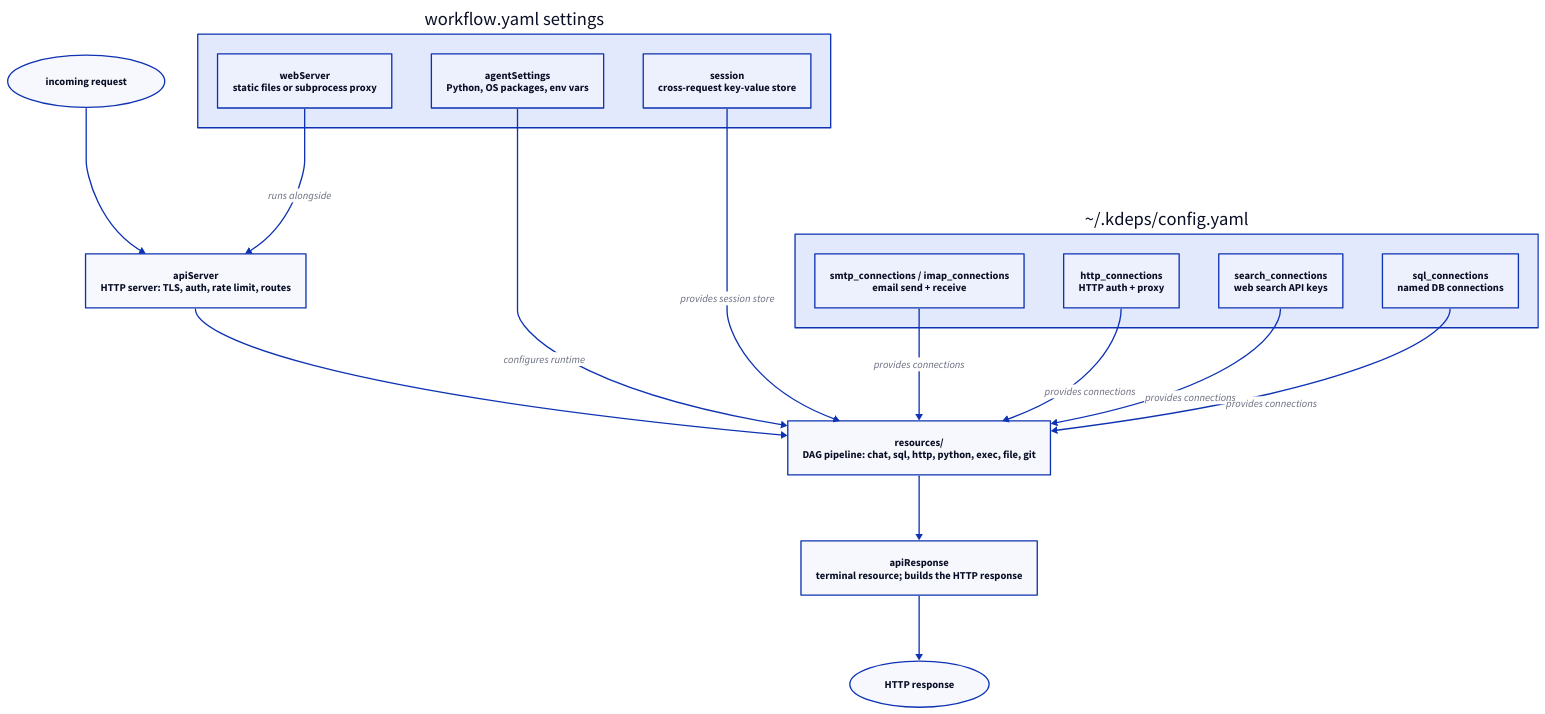
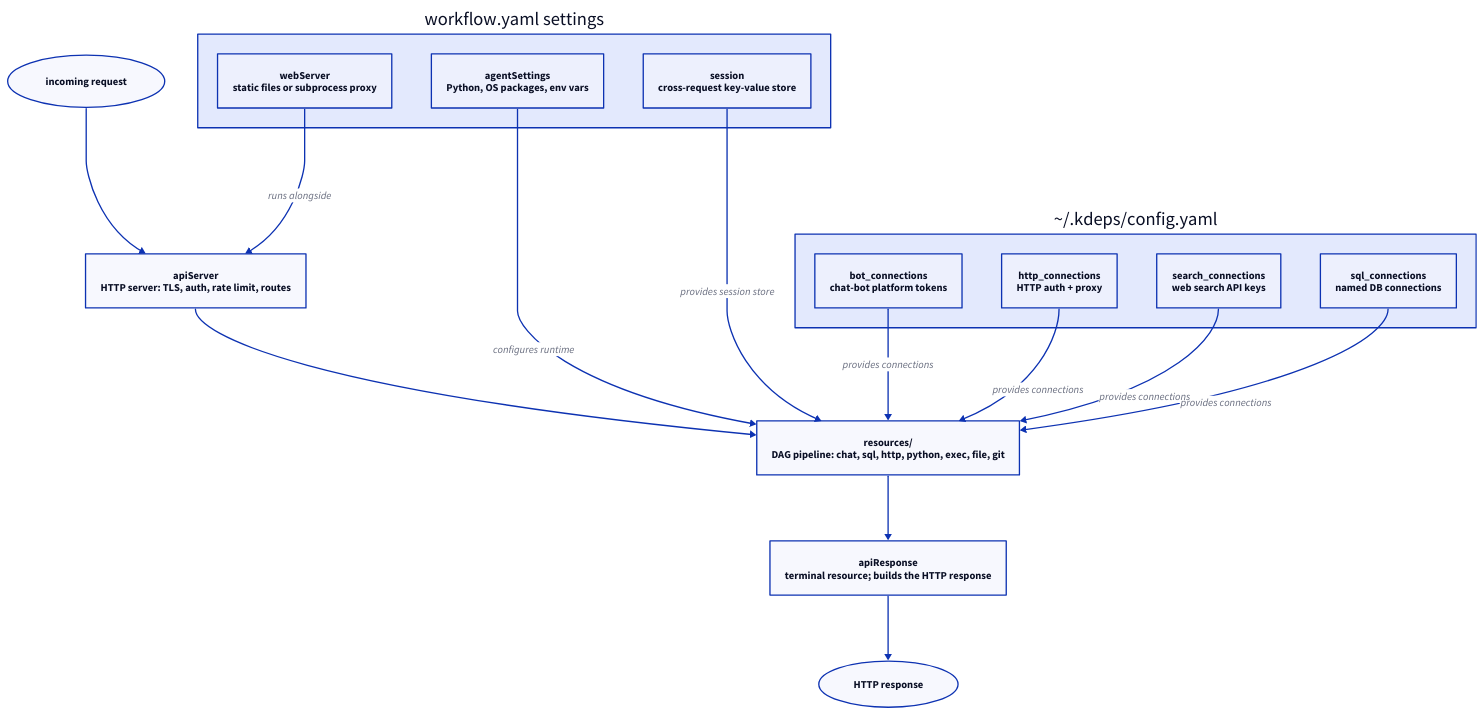
Before and after one commit to kdeps/kdeps: the diagram in docs/v2/workflow/configuration.md, drawn with D2. The commit also changed other lines of this file and 19 other files, not shown here.

First line of the commit message:
fix(config): remove the dead smtp_connections/imap_connections surface

````diff
--- a/docs/v2/workflow/configuration.md
+++ b/docs/v2/workflow/configuration.md
@@ -7,32 +7,32 @@
 ```d2
 direction: down
 
 A: incoming request {shape: oval}
 B: "apiServer\nHTTP server: TLS, auth, rate limit, routes"
 C: "resources/\nDAG pipeline: chat, sql, http, python, exec, file, git"
 D: "apiResponse\nterminal resource; builds the HTTP response"
 E: HTTP response {shape: oval}
 
 A -> B -> C -> D -> E
 
 settings: workflow.yaml settings {
   B2: "webServer\nstatic files or subprocess proxy"
   B3: "agentSettings\nPython, OS packages, env vars"
   B5: "session\ncross-request key-value store"
 }
 
 global: "~/.kdeps/config.yaml" {
-  G1: "smtp_connections / imap_connections\nemail send + receive"
+  G1: "bot_connections\nchat-bot platform tokens"
   G2: "http_connections\nHTTP auth + proxy"
   G3: "search_connections\nweb search API keys"
   G4: "sql_connections\nnamed DB connections"
 }
 
 settings.B3 -> C: configures runtime
 settings.B5 -> C: provides session store
 settings.B2 -> B: runs alongside
 global.G1 -> C: provides connections
 global.G2 -> C: provides connections
 global.G3 -> C: provides connections
 global.G4 -> C: provides connections
 ```
````
